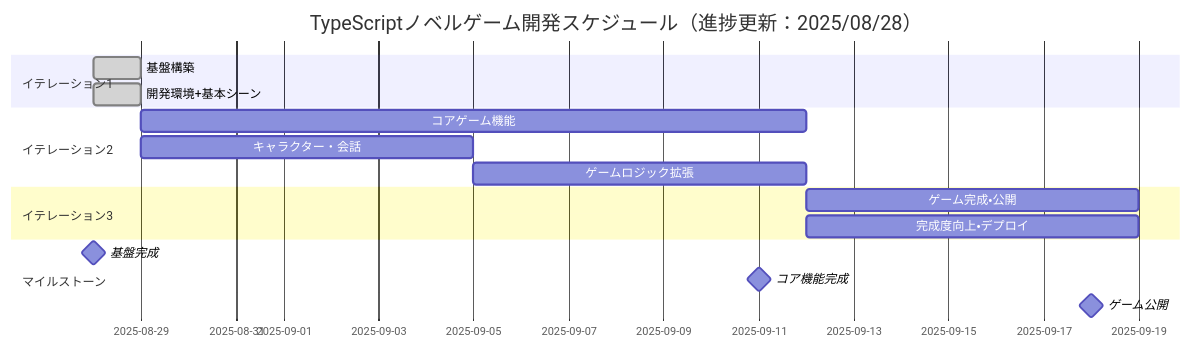
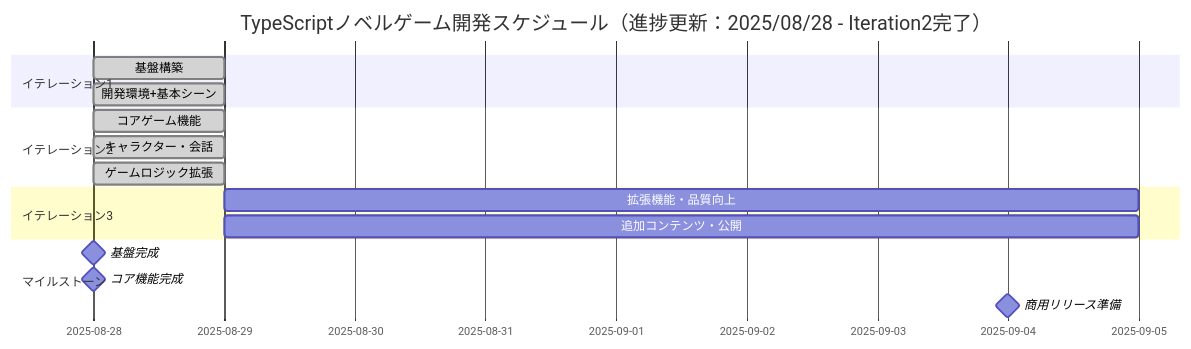
The first of 2 diagrams in docs/requirements/イテレーション計画.md (k2works/ai-programing-exercise), drawn with Mermaid before and after one commit. The commit also changed other lines of this file and 2 other files, not shown here.

````diff
--- a/docs/requirements/イテレーション計画.md
+++ b/docs/requirements/イテレーション計画.md
@@ -10,22 +10,22 @@
 ```mermaid
 gantt
-    title TypeScriptノベルゲーム開発スケジュール（進捗更新：2025/08/28）
+    title TypeScriptノベルゲーム開発スケジュール（進捗更新：2025/08/28 - Iteration2完了）
     dateFormat  YYYY-MM-DD
     section イテレーション1
     基盤構築           :done, iter1, 2025-08-28, 1d
     開発環境+基本シーン :done, iter1-1, 2025-08-28, 1d
     
     section イテレーション2
-    コアゲーム機能     :iter2, 2025-08-29, 14d
-    キャラクター・会話 :iter2-1, 2025-08-29, 7d
-    ゲームロジック拡張 :iter2-2, 2025-09-05, 7d
+    コアゲーム機能     :done, iter2, 2025-08-28, 1d
+    キャラクター・会話 :done, iter2-1, 2025-08-28, 1d
+    ゲームロジック拡張 :done, iter2-2, 2025-08-28, 1d
     
     section イテレーション3
-    ゲーム完成・公開   :iter3, 2025-09-12, 7d
-    完成度向上・デプロイ :iter3-1, 2025-09-12, 7d
+    拡張機能・品質向上   :iter3, 2025-08-29, 7d
+    追加コンテンツ・公開 :iter3-1, 2025-08-29, 7d
     
     section マイルストーン
     基盤完成          :milestone, m1, 2025-08-28, 0d
-    コア機能完成      :milestone, m2, 2025-09-11, 0d
-    ゲーム公開        :milestone, m3, 2025-09-18, 0d
+    コア機能完成      :milestone, m2, 2025-08-28, 0d
+    商用リリース準備  :milestone, m3, 2025-09-04, 0d
 ```
````
